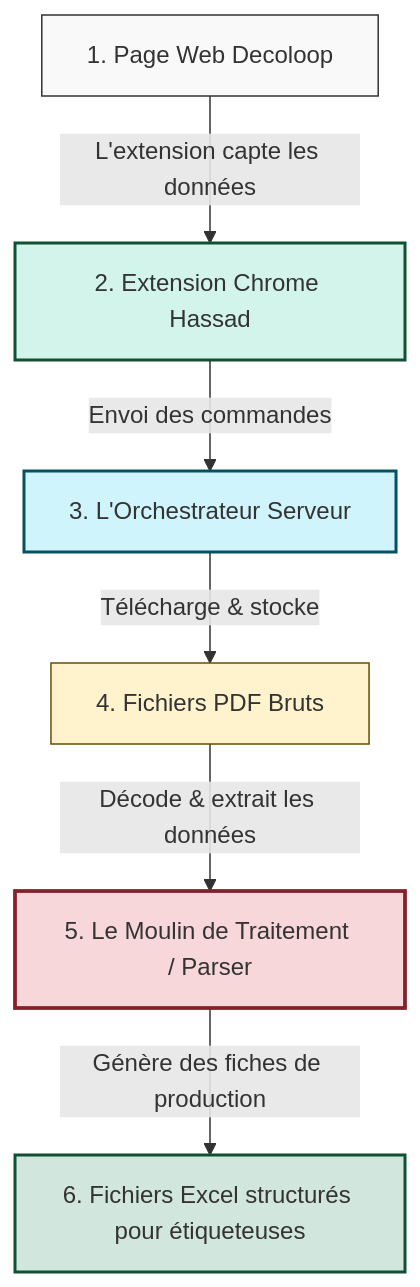
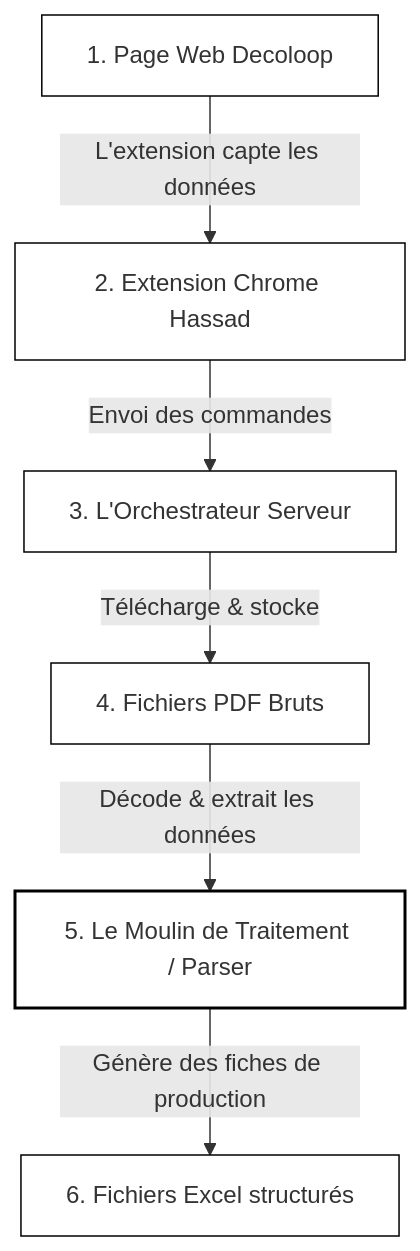
One commit to maatallah/pdfxport changed the first of 2 diagrams in PDFXport_Overview_FR.md. Above: the diagram before and after it, drawn with Mermaid. The commit also changed other lines of this file, not shown here.

Commit message:
docs: rephrase French overview to use collective first person and minimalist black & white charts

````diff
--- a/PDFXport_Overview_FR.md
+++ b/PDFXport_Overview_FR.md
@@ -27,15 +27,15 @@
 ```mermaid
 graph TD
     A[1. Page Web Decoloop] -->|L'extension capte les données| B[2. Extension Chrome Hassad]
     B -->|Envoi des commandes| C[3. L'Orchestrateur Serveur]
     C -->|Télécharge & stocke| D[4. Fichiers PDF Bruts]
     D -->|Décode & extrait les données| E[5. Le Moulin de Traitement / Parser]
-    E -->|Génère des fiches de production| F[6. Fichiers Excel structurés pour étiqueteuses]
+    E -->|Génère des fiches de production| F[6. Fichiers Excel structurés]
     
-    style A fill:#f9f9f9,stroke:#333,stroke-width:1px
-    style B fill:#d2f4ea,stroke:#0f5132,stroke-width:2px
-    style C fill:#cff4fc,stroke:#055160,stroke-width:2px
-    style D fill:#fff3cd,stroke:#664d03,stroke-width:1px
-    style E fill:#f8d7da,stroke:#842029,stroke-width:2.5px
-    style F fill:#d1e7dd,stroke:#0f5132,stroke-width:2px
+    style A fill:#ffffff,stroke:#000000,stroke-width:1px
+    style B fill:#ffffff,stroke:#000000,stroke-width:1px
+    style C fill:#ffffff,stroke:#000000,stroke-width:1px
+    style D fill:#ffffff,stroke:#000000,stroke-width:1px
+    style E fill:#ffffff,stroke:#000000,stroke-width:2px
+    style F fill:#ffffff,stroke:#000000,stroke-width:1px
 ```
````
